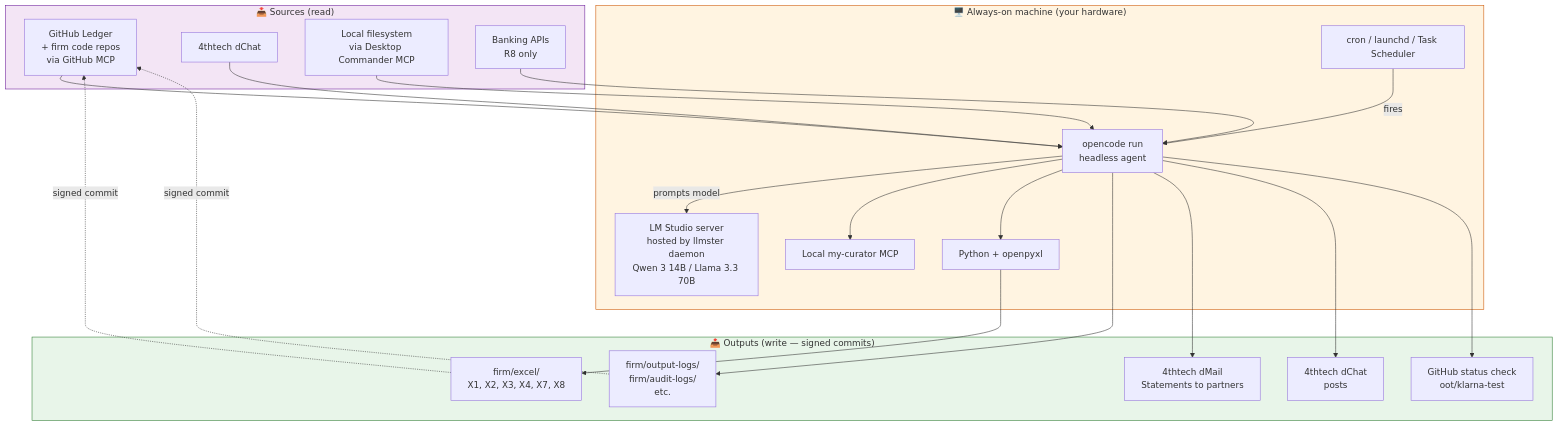
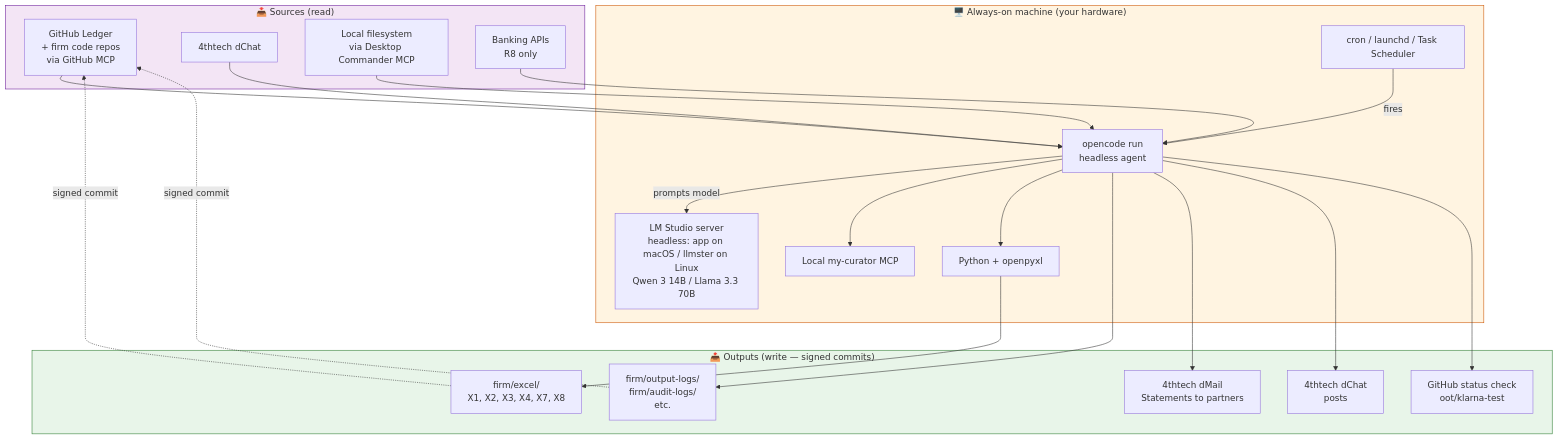
One commit to talirezun/oot-framework changed the second of 4 diagrams in docs/AUTOMATION-PIPELINE.md. Above: the diagram before and after it, drawn with Mermaid. The commit also changed other lines of this file and 15 other files, not shown here.

````diff
--- a/docs/AUTOMATION-PIPELINE.md
+++ b/docs/AUTOMATION-PIPELINE.md
@@ -287,46 +287,46 @@
 ```mermaid
 flowchart TB
     subgraph Sources_p["📥 Sources (read)"]
         GitHub_p[GitHub Ledger<br/>+ firm code repos<br/>via GitHub MCP]
         DChat[4thtech dChat]
         Local[Local filesystem<br/>via Desktop Commander MCP]
         BankP[Banking APIs<br/>R8 only]
     end
 
     subgraph AlwaysOn["🖥️ Always-on machine (your hardware)"]
         Cron[cron / launchd / Task Scheduler]
         OpenCode[opencode run<br/>headless agent]
-        LMStudio[LM Studio server<br/>hosted by llmster daemon<br/>Qwen 3 14B / Llama 3.3 70B]
+        LMStudio[LM Studio server<br/>headless: app on macOS / llmster on Linux<br/>Qwen 3 14B / Llama 3.3 70B]
         OpenpyxlP[Python + openpyxl]
         CuratorLocal[Local my-curator MCP]
     end
 
     subgraph Outputs_p["📤 Outputs (write — signed commits)"]
         BrainXLSX_p[firm/excel/<br/>X1, X2, X3, X4, X7, X8]
         BrainMD_p[firm/output-logs/<br/>firm/audit-logs/<br/>etc.]
         DMail[4thtech dMail<br/>Statements to partners]
         DChatPost[4thtech dChat<br/>posts]
         StatusCheck_p[GitHub status check<br/>oot/klarna-test]
     end
 
     Cron -->|fires| OpenCode
     OpenCode -->|prompts model| LMStudio
     OpenCode --> CuratorLocal
     OpenCode --> OpenpyxlP
     GitHub_p --> OpenCode
     DChat --> OpenCode
     Local --> OpenCode
     BankP --> OpenCode
 
     OpenpyxlP --> BrainXLSX_p
     OpenCode --> BrainMD_p
     BrainXLSX_p -.signed commit.-> GitHub_p
     BrainMD_p -.signed commit.-> GitHub_p
     OpenCode --> DMail
     OpenCode --> DChatPost
     OpenCode --> StatusCheck_p
 
     style AlwaysOn fill:#fff4e1,stroke:#cc5500
     style Outputs_p fill:#e8f5e9,stroke:#2e7d32
     style Sources_p fill:#f3e5f5,stroke:#6a1b9a
 ```
````
